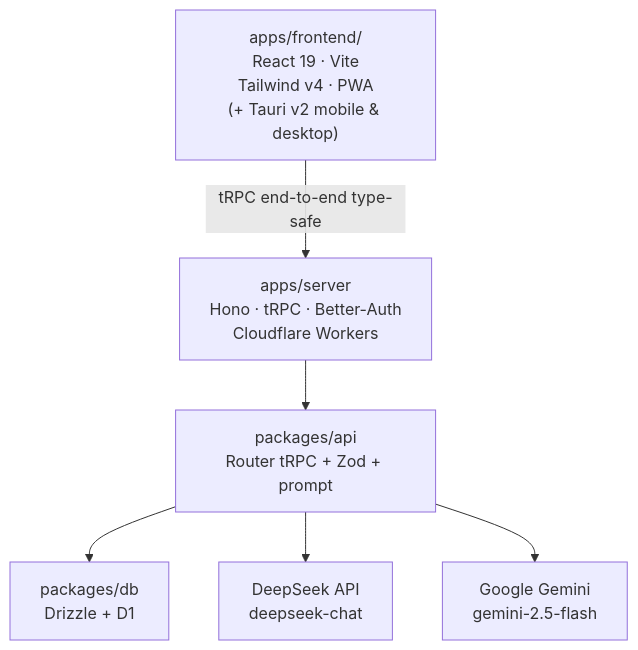
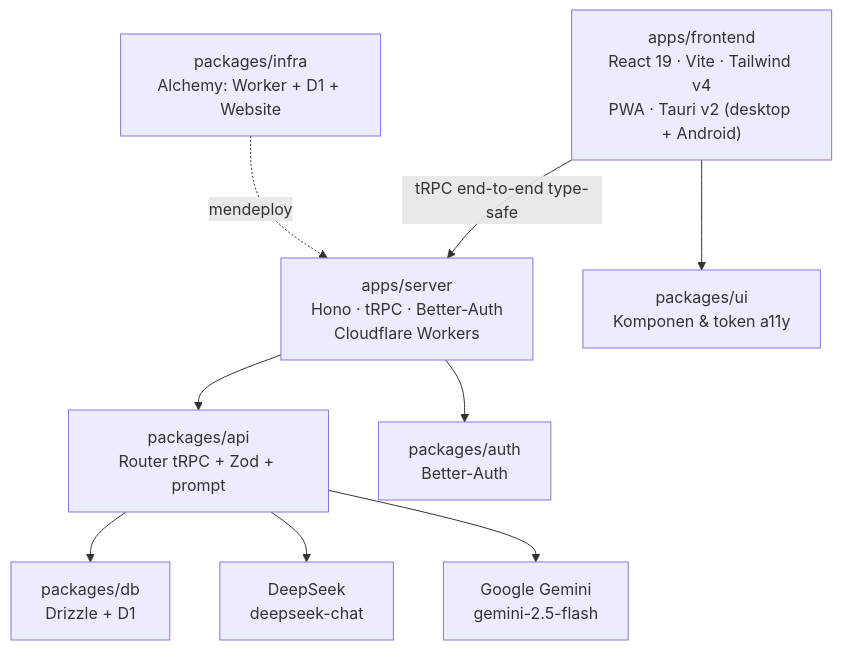
Before and after one commit to radithyaa/Mudahin: the diagram in README.md, drawn with Mermaid. The commit also changed other lines of this file, not shown here.

````diff
--- a/README.md
+++ b/README.md
@@ -291,15 +108,21 @@
 ```mermaid
 flowchart TD
-    Frontend["apps/frontend/<br/>React 19 · Vite<br/>Tailwind v4 · PWA<br/>(+ Tauri v2 mobile & desktop)"]
+    Frontend["apps/frontend<br/>React 19 · Vite · Tailwind v4<br/>PWA · Tauri v2 (desktop + Android)"]
     Server["apps/server<br/>Hono · tRPC · Better-Auth<br/>Cloudflare Workers"]
     Api["packages/api<br/>Router tRPC + Zod + prompt"]
     Db["packages/db<br/>Drizzle + D1"]
-    DeepSeek["DeepSeek API<br/>deepseek-chat"]
+    Auth["packages/auth<br/>Better-Auth"]
+    UI["packages/ui<br/>Komponen & token a11y"]
+    Infra["packages/infra<br/>Alchemy: Worker + D1 + Website"]
+    DeepSeek["DeepSeek<br/>deepseek-chat"]
     Gemini["Google Gemini<br/>gemini-2.5-flash"]
 
     Frontend -->|tRPC end-to-end type-safe| Server
     Server --> Api
+    Server --> Auth
     Api --> Db
     Api --> DeepSeek
     Api --> Gemini
+    Frontend --> UI
+    Infra -.mendeploy.-> Server
 ```
````
